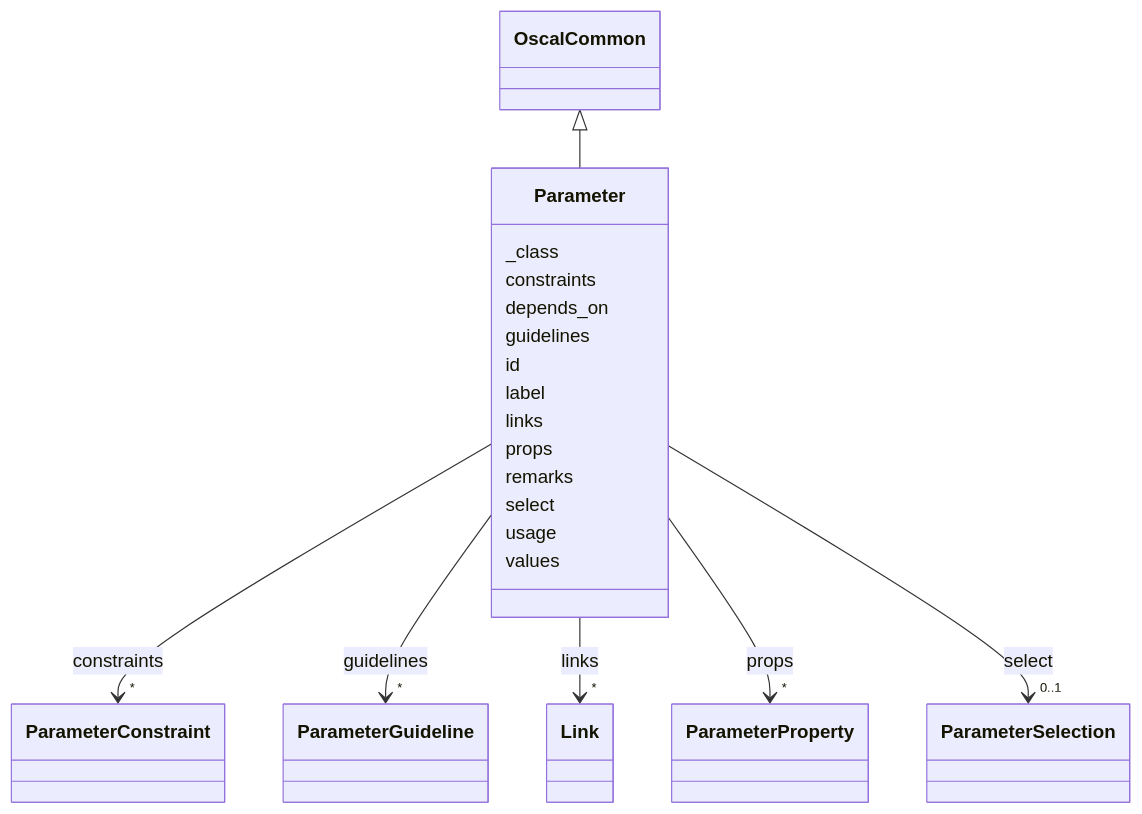
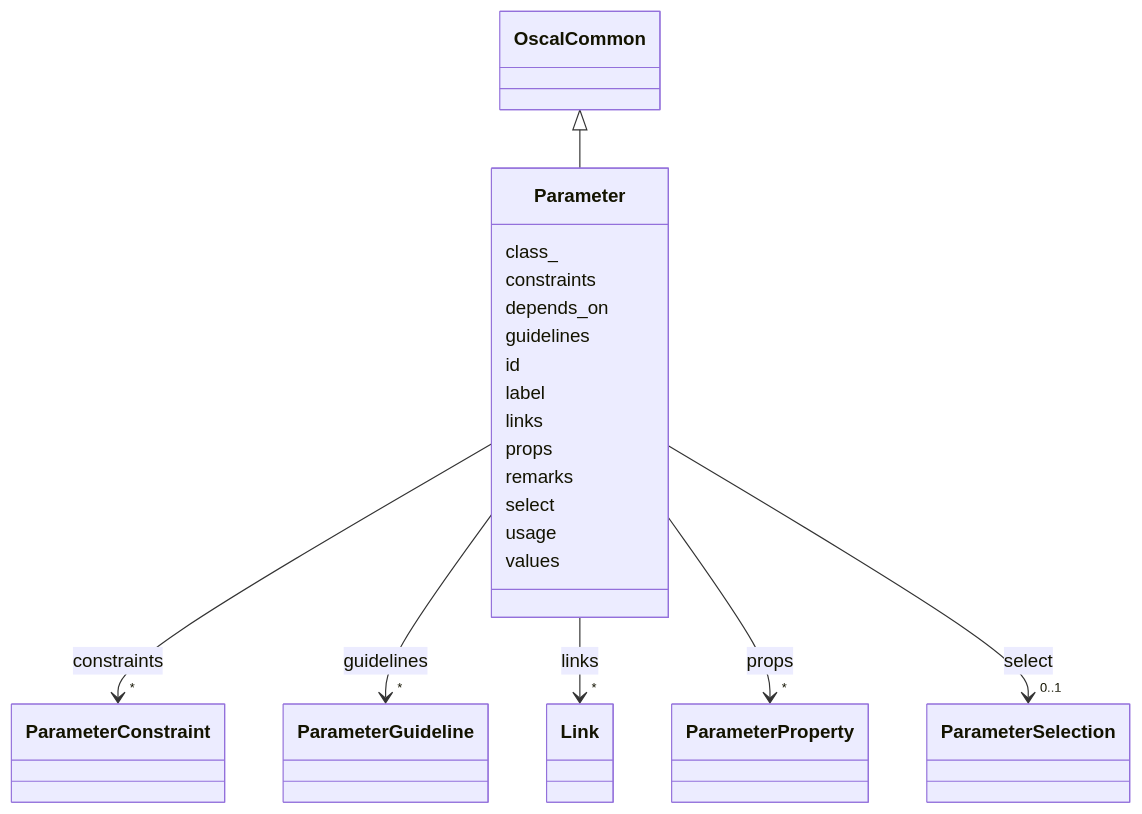
Before and after one commit to lmodel/oscal: the diagram in project/mermaid/Parameter.md, drawn with Mermaid. The commit also changed 434 other files, not shown here.

Commit message:
fix(schema): stamp the modules for 1.2.3 and regenerate extended outputs

````diff
--- a/project/mermaid/Parameter.md
+++ b/project/mermaid/Parameter.md
@@ -4,78 +4,78 @@
 ```mermaid
  classDiagram
     class Parameter
     click Parameter href "../Parameter"
       OscalCommon <|-- Parameter
         click OscalCommon href "../OscalCommon"
       
-      Parameter : _class
+      Parameter : class_
         
       Parameter : constraints
         
           
     
         
         
         Parameter --> "*" ParameterConstraint : constraints
         click ParameterConstraint href "../ParameterConstraint"
     
 
         
       Parameter : depends_on
         
       Parameter : guidelines
         
           
     
         
         
         Parameter --> "*" ParameterGuideline : guidelines
         click ParameterGuideline href "../ParameterGuideline"
     
 
         
       Parameter : id
         
       Parameter : label
         
       Parameter : links
         
           
     
         
         
         Parameter --> "*" Link : links
         click Link href "../Link"
     
 
         
       Parameter : props
         
           
     
         
         
         Parameter --> "*" ParameterProperty : props
         click ParameterProperty href "../ParameterProperty"
     
 
         
       Parameter : remarks
         
       Parameter : select
         
           
     
         
         
         Parameter --> "0..1" ParameterSelection : select
         click ParameterSelection href "../ParameterSelection"
     
 
         
       Parameter : usage
         
       Parameter : values
         
       
 ```
````
